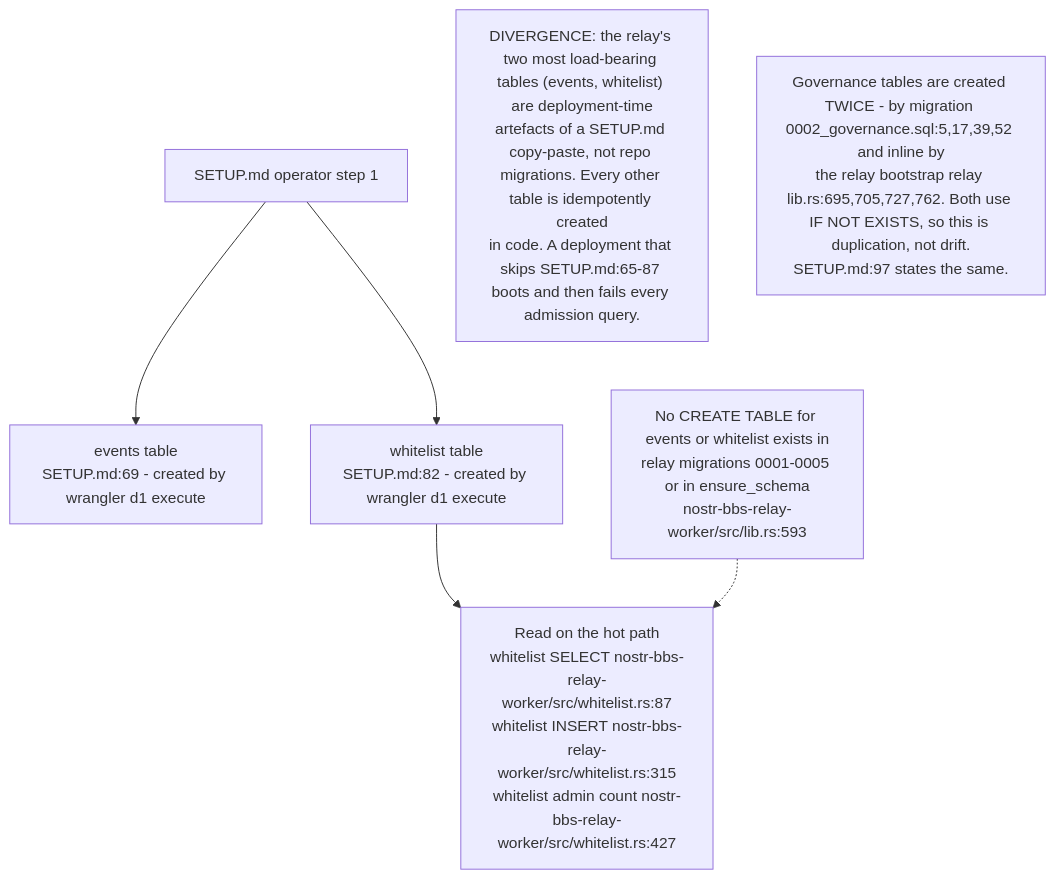
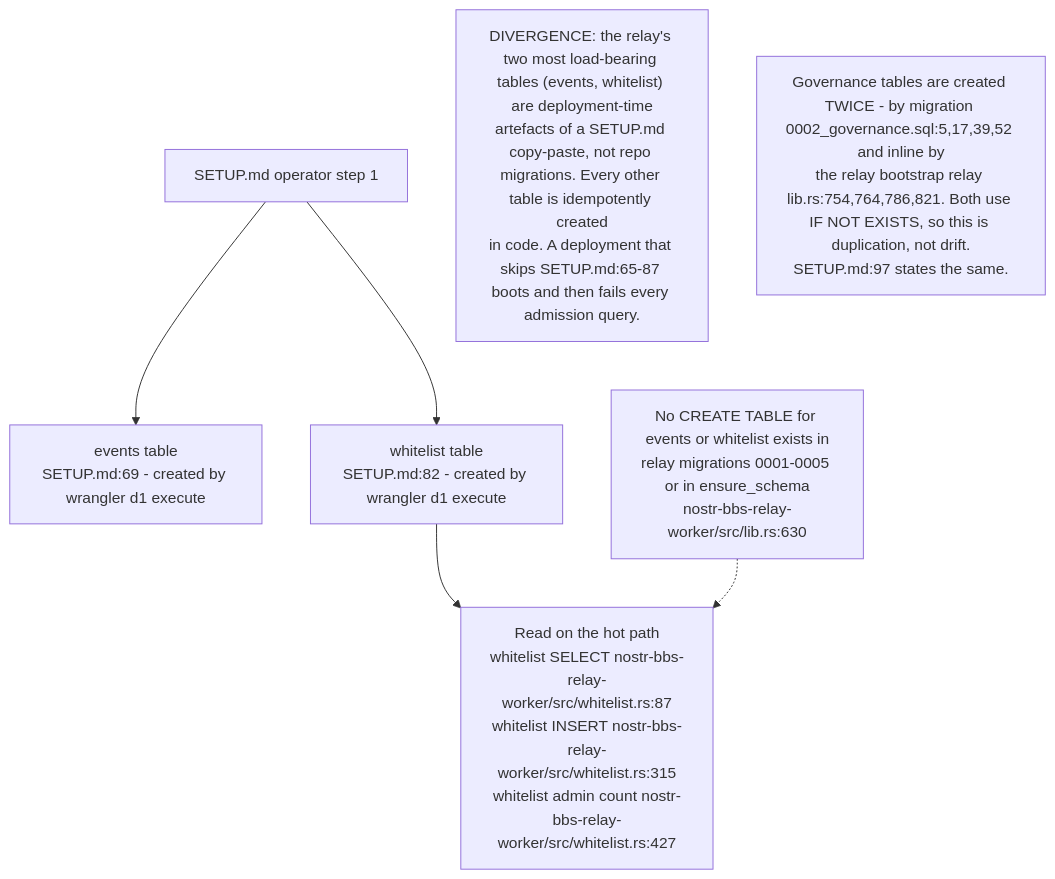
One commit to DreamLab-AI/VisionFlow changed the sixth of 8 diagrams in docs/diagrams/nostr-rust-forum/08-config-zones-stores-and-admin-authority.md. Above: the diagram before and after it, drawn with Mermaid. The commit also changed other lines of this file and 11 other files, not shown here.

````diff
--- a/docs/diagrams/nostr-rust-forum/08-config-zones-stores-and-admin-authority.md
+++ b/docs/diagrams/nostr-rust-forum/08-config-zones-stores-and-admin-authority.md
@@ -175,16 +178,16 @@
 ```mermaid
 flowchart TB
     SETUP["SETUP.md operator step 1"]
     EVENTS["events table<br/>SETUP.md:69 - created by wrangler d1 execute"]
     WL["whitelist table<br/>SETUP.md:82 - created by wrangler d1 execute"]
     READERS["Read on the hot path<br/>whitelist SELECT nostr-bbs-relay-worker/src/whitelist.rs:87<br/>whitelist INSERT nostr-bbs-relay-worker/src/whitelist.rs:315<br/>whitelist admin count nostr-bbs-relay-worker/src/whitelist.rs:427"]
-    NOCREATE["No CREATE TABLE for events or whitelist exists in<br/>relay migrations 0001-0005 or in ensure_schema<br/>nostr-bbs-relay-worker/src/lib.rs:593"]
+    NOCREATE["No CREATE TABLE for events or whitelist exists in<br/>relay migrations 0001-0005 or in ensure_schema<br/>nostr-bbs-relay-worker/src/lib.rs:630"]
 
     SETUP --> EVENTS
     SETUP --> WL
     WL --> READERS
     NOCREATE -.-> READERS
 
     N1["DIVERGENCE: the relay's two most load-bearing tables (events, whitelist) are deployment-time<br/>artefacts of a SETUP.md copy-paste, not repo migrations. Every other table is idempotently created<br/>in code. A deployment that skips SETUP.md:65-87 boots and then fails every admission query."]
-    N2["Governance tables are created TWICE - by migration 0002_governance.sql:5,17,39,52 and inline by<br/>the relay bootstrap relay lib.rs:695,705,727,762. Both use IF NOT EXISTS, so this is duplication, not drift.<br/>SETUP.md:97 states the same."]
+    N2["Governance tables are created TWICE - by migration 0002_governance.sql:5,17,39,52 and inline by<br/>the relay bootstrap relay lib.rs:754,764,786,821. Both use IF NOT EXISTS, so this is duplication, not drift.<br/>SETUP.md:97 states the same."]
 ```
````
